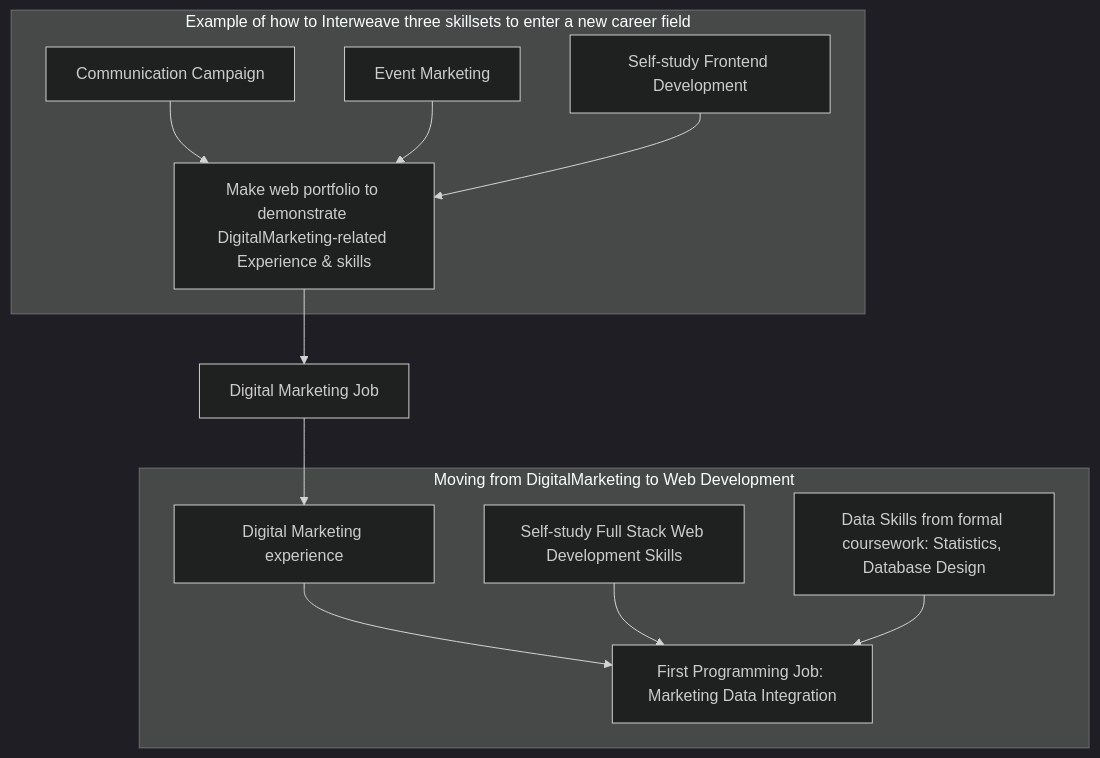
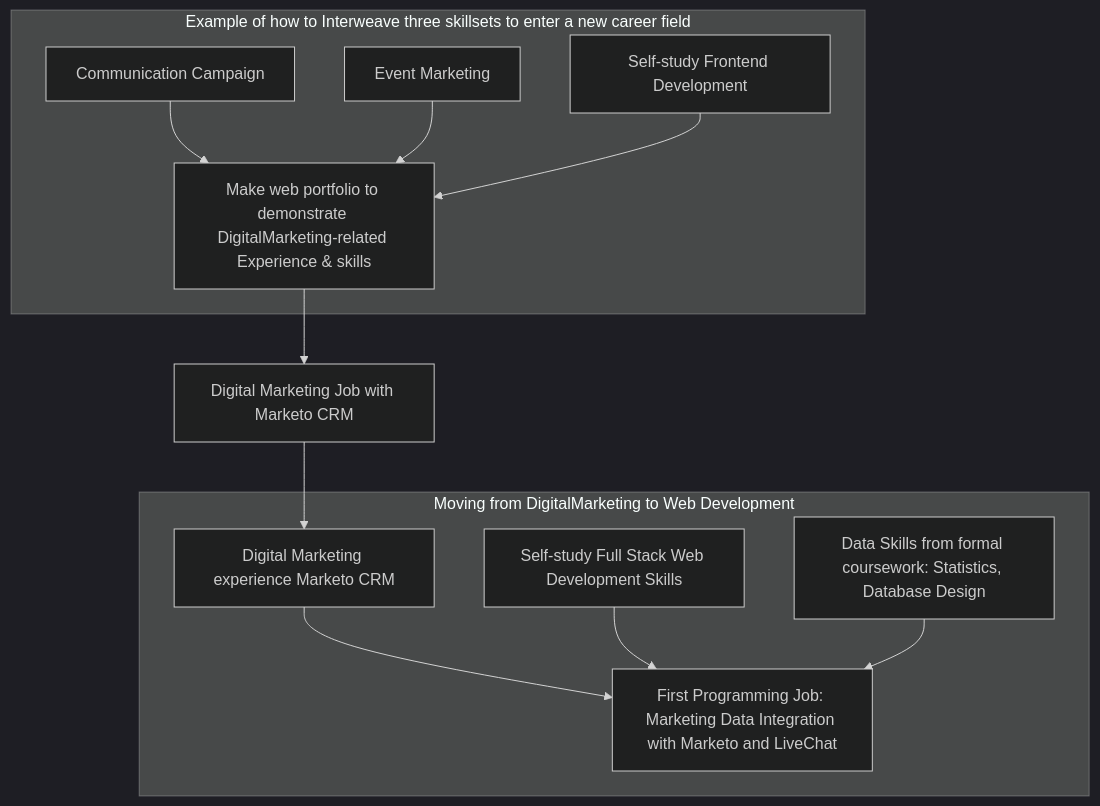
Before and after one commit to pmeaney/roadcodeshowed: the diagram in README.md, drawn with Mermaid (dark theme).

Commit message:
updated readme with CS50 info

````diff
--- a/README.md
+++ b/README.md
@@ -23,18 +23,18 @@
 ```mermaid
   graph TD;
       subgraph one[Example of how to Interweave three skillsets to enter a new career field]
         A[Communication Campaign]-->D;
         B[Event Marketing]-->D;
         C[Self-study Frontend Development]-->D;
       end
-      D[Make web portfolio to demonstrate DigitalMarketing-related Experience & skills]-->E[Digital Marketing Job]
+      D[Make web portfolio to demonstrate DigitalMarketing-related Experience & skills]-->E[Digital Marketing Job with Marketo CRM]
 
       subgraph two[Moving from DigitalMarketing to Web Development]
-        F[Digital Marketing experience]-->I
+        F[Digital Marketing experience Marketo CRM]-->I
         G[Self-study Full Stack Web Development Skills]-->I
         H[Data Skills from formal coursework: Statistics, Database Design]-->I
-        I[First Programming Job: Marketing Data Integration]
+        I[First Programming Job: Marketing Data Integration with Marketo and LiveChat]
       end
 
       E-->F
 ```
````
